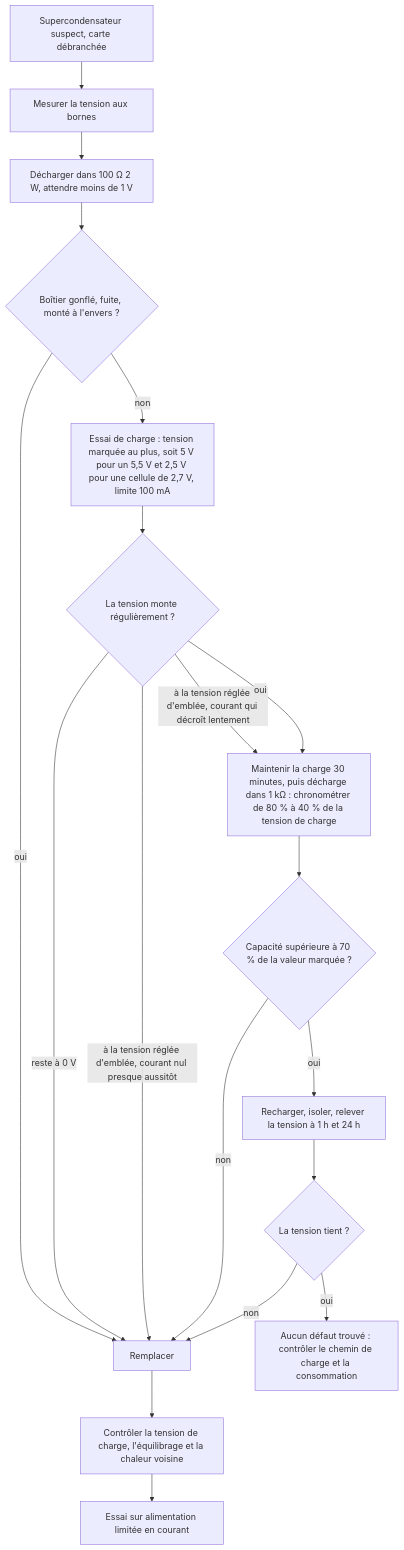
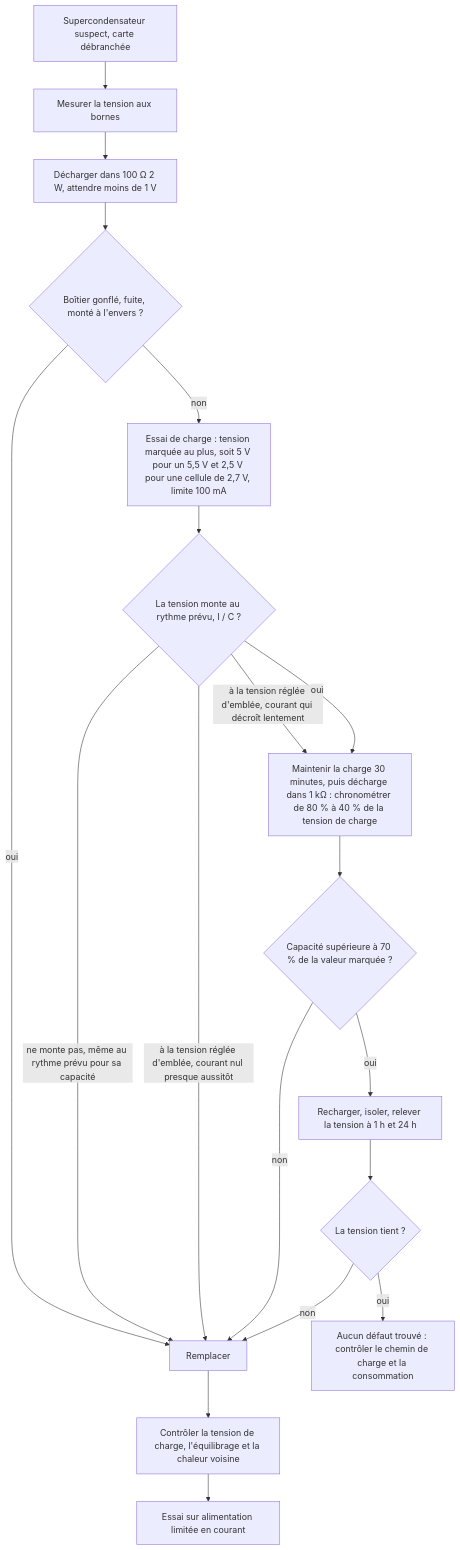
Before and after one commit to benoit-bremaud/ohm-sweet-ohm: the diagram in troubleshooting/24_supercondensateur/README.md, drawn with Mermaid. The commit also changed other lines of this file and 1 other file, not shown here.

Commit message:
docs(troubleshooting): scale supercapacitor charge verdict to capacity

````diff
--- a/troubleshooting/24_supercondensateur/README.md
+++ b/troubleshooting/24_supercondensateur/README.md
@@ -166,21 +168,21 @@
 ```mermaid
 flowchart TD
   A[Supercondensateur suspect, carte débranchée] --> B[Mesurer la tension aux bornes]
   B --> C[Décharger dans 100 Ω 2 W, attendre moins de 1 V]
   C --> D{Boîtier gonflé, fuite, monté à l'envers ?}
   D -- oui --> R[Remplacer]
   D -- non --> E[Essai de charge : tension marquée au plus, soit 5 V pour un 5,5 V et 2,5 V pour une cellule de 2,7 V, limite 100 mA]
-  E --> F{La tension monte régulièrement ?}
-  F -- reste à 0 V --> R
+  E --> F{La tension monte au rythme prévu, I / C ?}
+  F -- ne monte pas, même au rythme prévu pour sa capacité --> R
   F -- à la tension réglée d'emblée, courant nul presque aussitôt --> R
   F -- à la tension réglée d'emblée, courant qui décroît lentement --> G
   F -- oui --> G[Maintenir la charge 30 minutes, puis décharge dans 1 kΩ : chronométrer de 80 % à 40 % de la tension de charge]
   G --> H{Capacité supérieure à 70 % de la valeur marquée ?}
   H -- non --> R
   H -- oui --> I[Recharger, isoler, relever la tension à 1 h et 24 h]
   I --> J{La tension tient ?}
   J -- non --> R
   J -- oui --> K[Aucun défaut trouvé : contrôler le chemin de charge et la consommation]
   R --> L[Contrôler la tension de charge, l'équilibrage et la chaleur voisine]
   L --> M[Essai sur alimentation limitée en courant]
 ```
````
